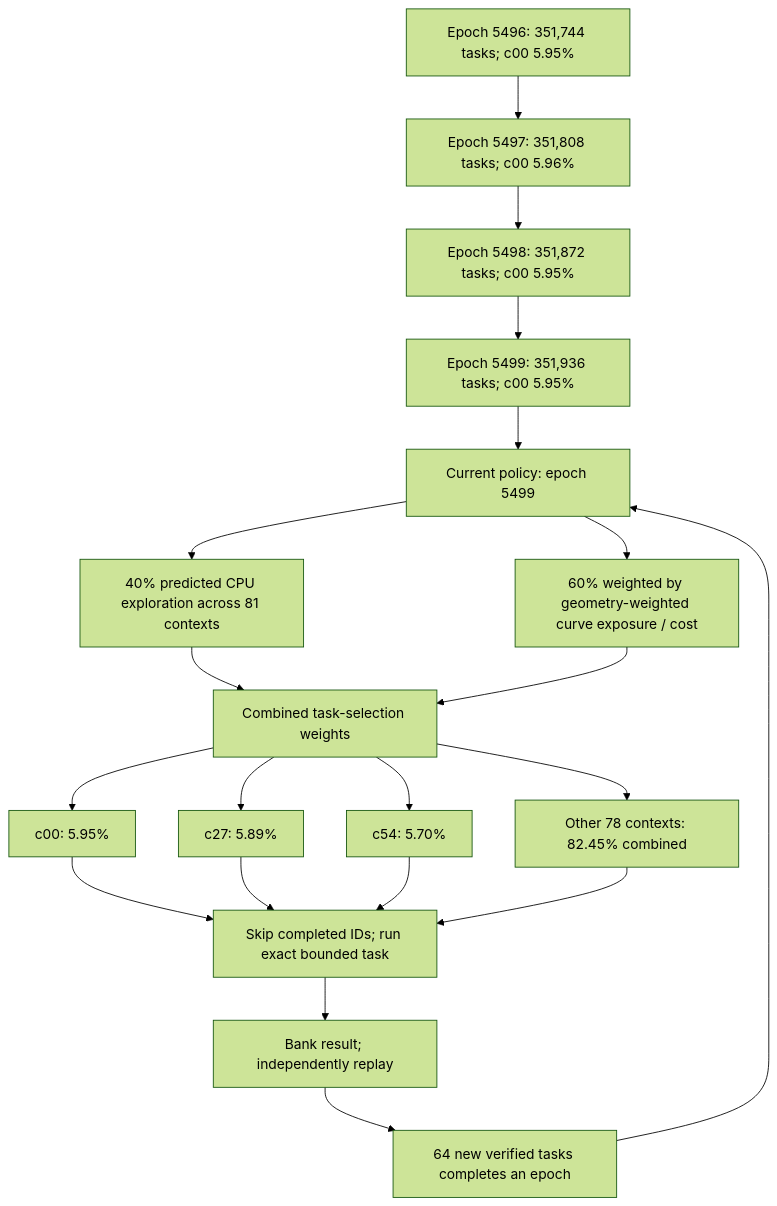
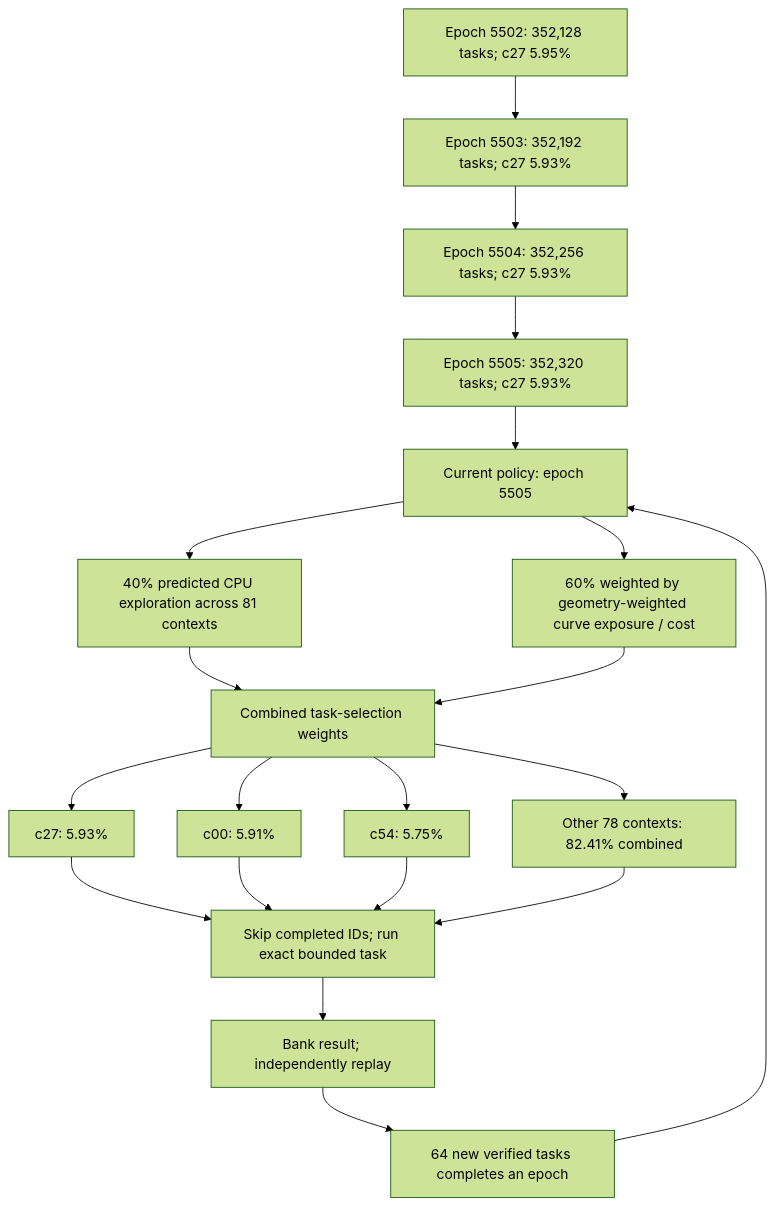
The first of 3 diagrams in README.md (Kuberwastaken/math-gambling), drawn with Mermaid (forest theme) before and after one commit. The commit also changed other lines of this file and 1738 other files, not shown here.

````diff
--- a/README.md
+++ b/README.md
@@ -60,27 +60,27 @@
 ```mermaid
 flowchart TD
-    H0["Epoch 5496: 351,744 tasks; c00 5.95%"]
-    H1["Epoch 5497: 351,808 tasks; c00 5.96%"]
+    H0["Epoch 5502: 352,128 tasks; c27 5.95%"]
+    H1["Epoch 5503: 352,192 tasks; c27 5.93%"]
     H0 --> H1
-    H2["Epoch 5498: 351,872 tasks; c00 5.95%"]
+    H2["Epoch 5504: 352,256 tasks; c27 5.93%"]
     H1 --> H2
-    H3["Epoch 5499: 351,936 tasks; c00 5.95%"]
+    H3["Epoch 5505: 352,320 tasks; c27 5.93%"]
     H2 --> H3
-    Policy["Current policy: epoch 5499"]
+    Policy["Current policy: epoch 5505"]
     H3 --> Policy
     Policy --> Explore["40% predicted CPU exploration across 81 contexts"]
     Policy --> Cost["60% weighted by geometry-weighted curve exposure / cost"]
     Explore --> Mix["Combined task-selection weights"]
     Cost --> Mix
-    Mix --> C0["c00: 5.95%"]
-    Mix --> C1["c27: 5.89%"]
-    Mix --> C2["c54: 5.70%"]
-    Mix --> Rest["Other 78 contexts: 82.45% combined"]
+    Mix --> C0["c27: 5.93%"]
+    Mix --> C1["c00: 5.91%"]
+    Mix --> C2["c54: 5.75%"]
+    Mix --> Rest["Other 78 contexts: 82.41% combined"]
     C0 --> Check["Skip completed IDs; run exact bounded task"]
     C1 --> Check
     C2 --> Check
     Rest --> Check
     Check --> Replay["Bank result; independently replay"]
     Replay --> Gate["64 new verified tasks completes an epoch"]
     Gate --> Policy
 ```
````
